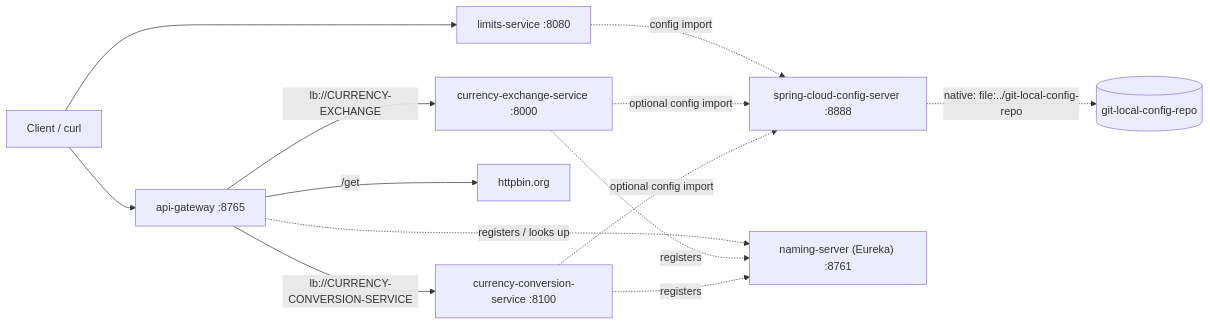
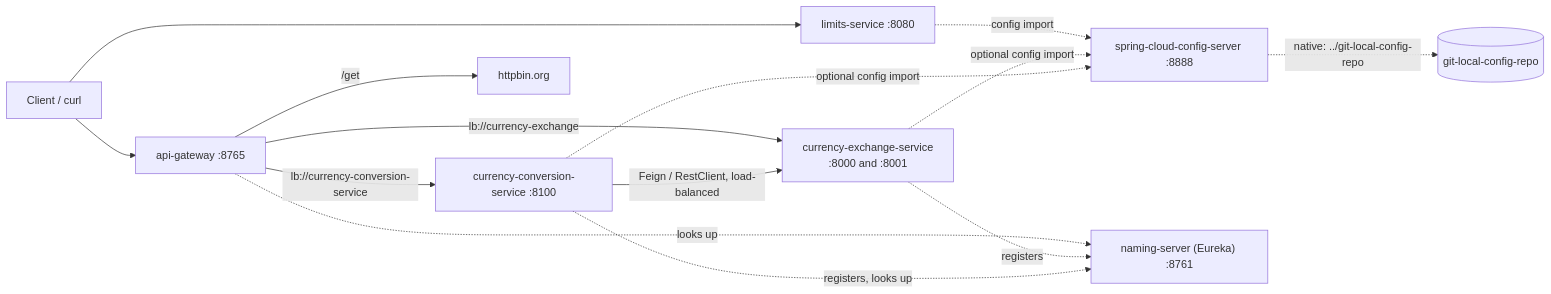
The diagram in 04-microservices/README.md (adityachauhan564/spring-framework), drawn with Mermaid before and after one commit. The commit also changed other lines of this file and 8 other files, not shown here.

````diff
--- a/04-microservices/README.md
+++ b/04-microservices/README.md
@@ -18,15 +37,16 @@
 ```mermaid
 flowchart LR
     Client["Client / curl"] --> GW["api-gateway :8765"]
-    GW -->|"lb://CURRENCY-EXCHANGE"| EX["currency-exchange-service :8000"]
-    GW -->|"lb://CURRENCY-CONVERSION-SERVICE"| CONV["currency-conversion-service :8100"]
+    GW -->|"lb://currency-exchange"| EX["currency-exchange-service<br/>:8000 and :8001"]
+    GW -->|"lb://currency-conversion-service"| CONV["currency-conversion-service :8100"]
     GW -->|"/get"| HB["httpbin.org"]
+    CONV -->|"Feign / RestClient, load-balanced"| EX
     Client --> LIM["limits-service :8080"]
     LIM -.->|"config import"| CFG["spring-cloud-config-server :8888"]
     EX -.->|"optional config import"| CFG
     CONV -.->|"optional config import"| CFG
-    CFG -.->|"native: file:../git-local-config-repo"| REPO[("git-local-config-repo")]
-    GW -.->|"registers / looks up"| EUR["naming-server (Eureka) :8761"]
+    CFG -.->|"native: ../git-local-config-repo"| REPO[("git-local-config-repo")]
+    GW -.->|"looks up"| EUR["naming-server (Eureka) :8761"]
     EX -.->|"registers"| EUR
-    CONV -.->|"registers"| EUR
+    CONV -.->|"registers, looks up"| EUR
 ```
````
